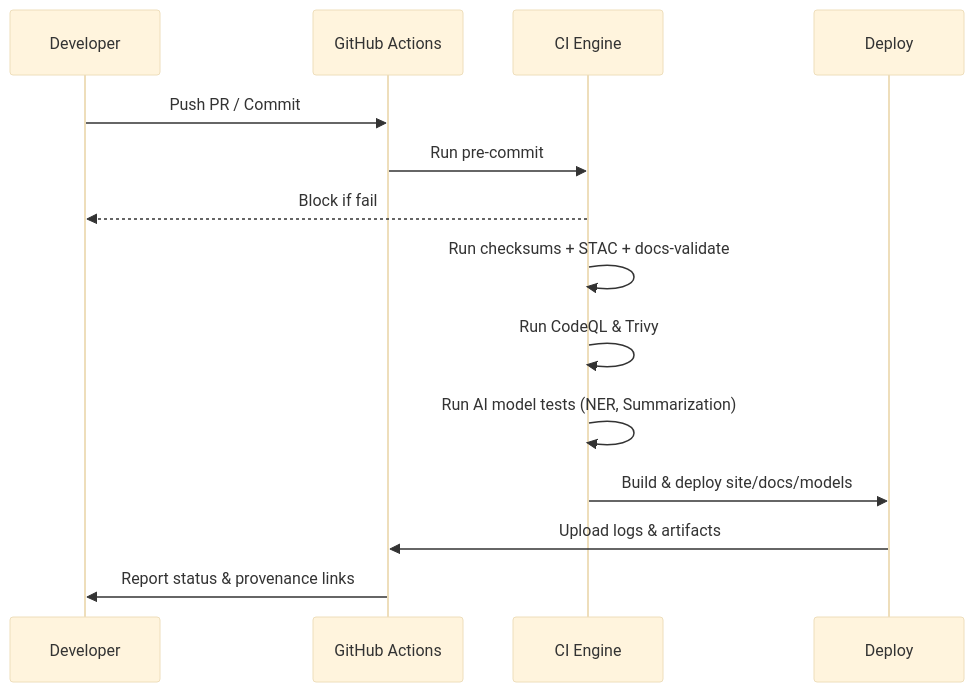
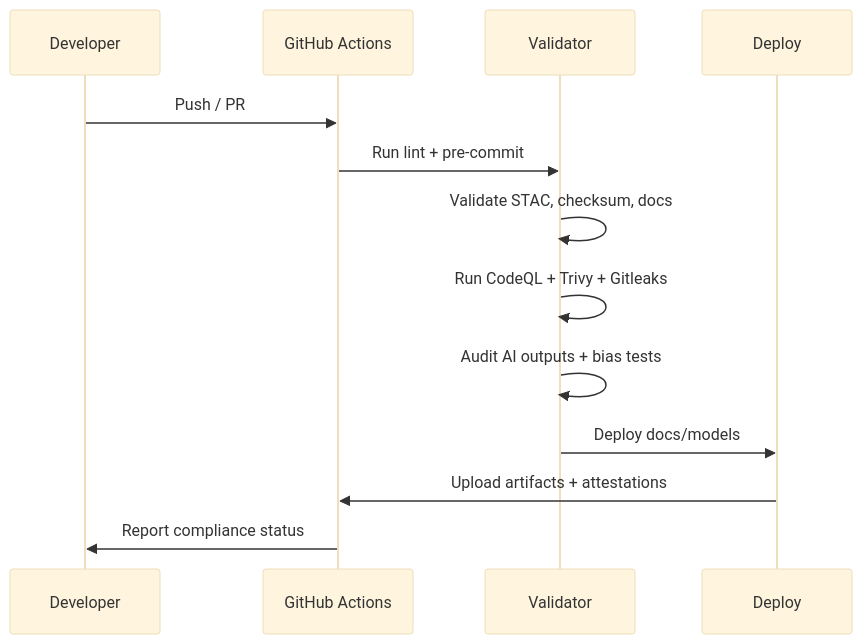
The second of 3 diagrams in .github/README.md (bartytime4life/Kansas-Frontier-Matrix), drawn with Mermaid (base theme) before and after one commit. The commit also changed other lines of this file, not shown here.

````diff
--- a/.github/README.md
+++ b/.github/README.md
@@ -81,18 +99,16 @@
 ```mermaid
 sequenceDiagram
   participant Dev as Developer
   participant GH as GitHub Actions
-  participant CI as CI Engine
+  participant CI as Validator
   participant CD as Deploy
 
-  Dev->>GH: Push PR / Commit
-  GH->>CI: Run pre-commit
-  CI-->>Dev: Block if fail
-  CI->>CI: Run checksums + STAC + docs-validate
-  CI->>CI: Run CodeQL & Trivy
-  CI->>CI: Run AI model tests (NER, Summarization)
-  CI->>CD: Build & deploy site/docs/models
-  CD->>GH: Upload logs & artifacts
-  GH->>Dev: Report status & provenance links
-%% END OF MERMAID
+  Dev->>GH: Push / PR
+  GH->>CI: Run lint + pre-commit
+  CI->>CI: Validate STAC, checksum, docs
+  CI->>CI: Run CodeQL + Trivy + Gitleaks
+  CI->>CI: Audit AI outputs + bias tests
+  CI->>CD: Deploy docs/models
+  CD->>GH: Upload artifacts + attestations
+  GH->>Dev: Report compliance status
 ```
````
